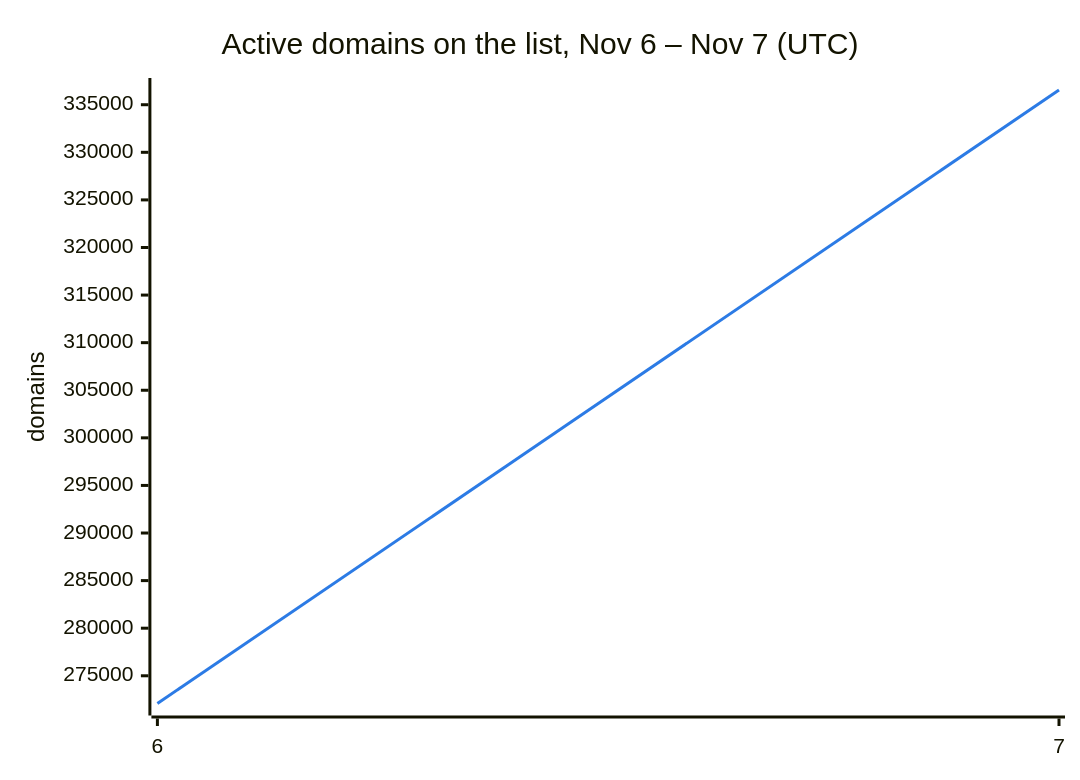
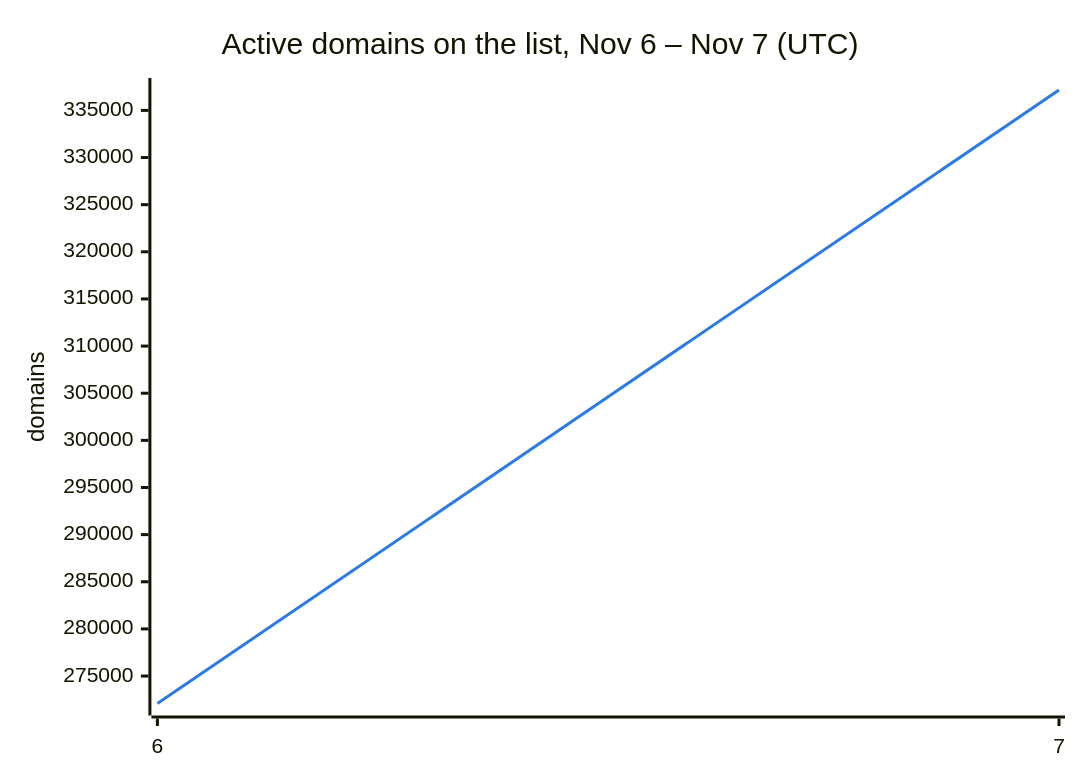
Before and after one commit to DNSBunker/CTI: the second of 3 diagrams in README.md, drawn with Mermaid. The commit also changed other lines of this file and 3 other files, not shown here.

````diff
--- a/README.md
+++ b/README.md
@@ -38,8 +38,8 @@
 ```mermaid
 %%{init: {"themeVariables": {"xyChart": {"plotColorPalette": "#2c7be5"}}}}%%
 xychart-beta
     title "Active domains on the list, Nov 6 – Nov 7 (UTC)"
     x-axis ["6", "7"]
     y-axis "domains"
-    line [272088, 336547]
+    line [272088, 337163]
 ```
````
